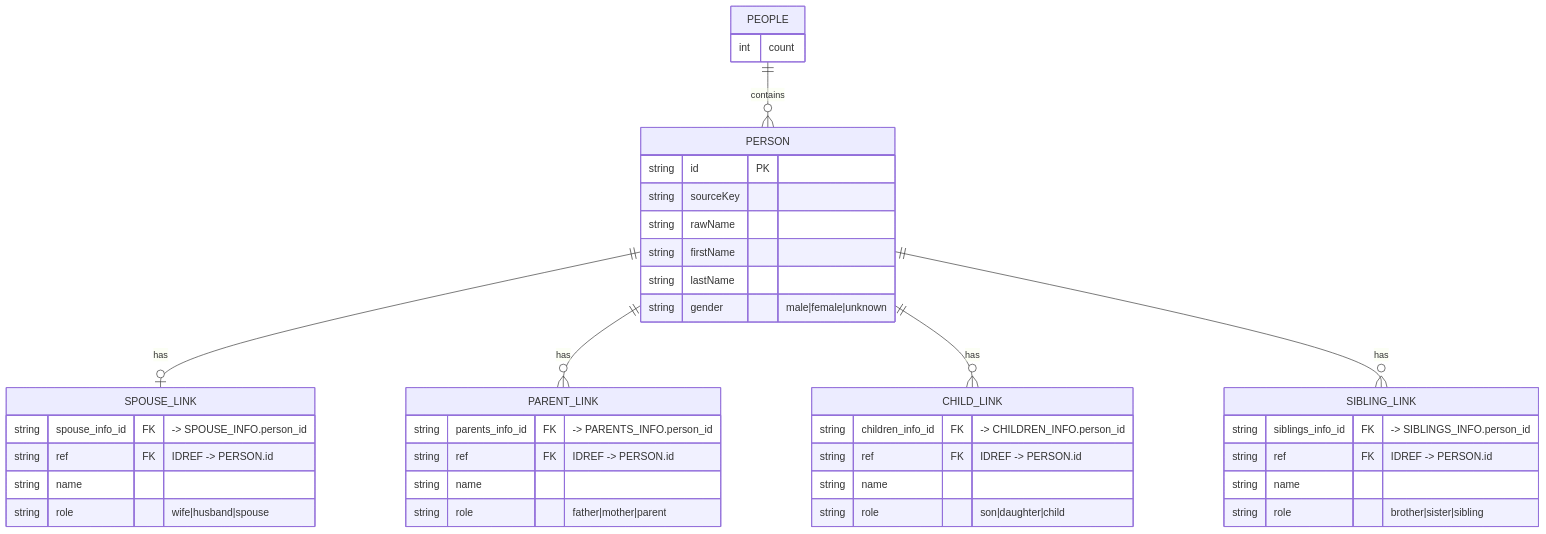
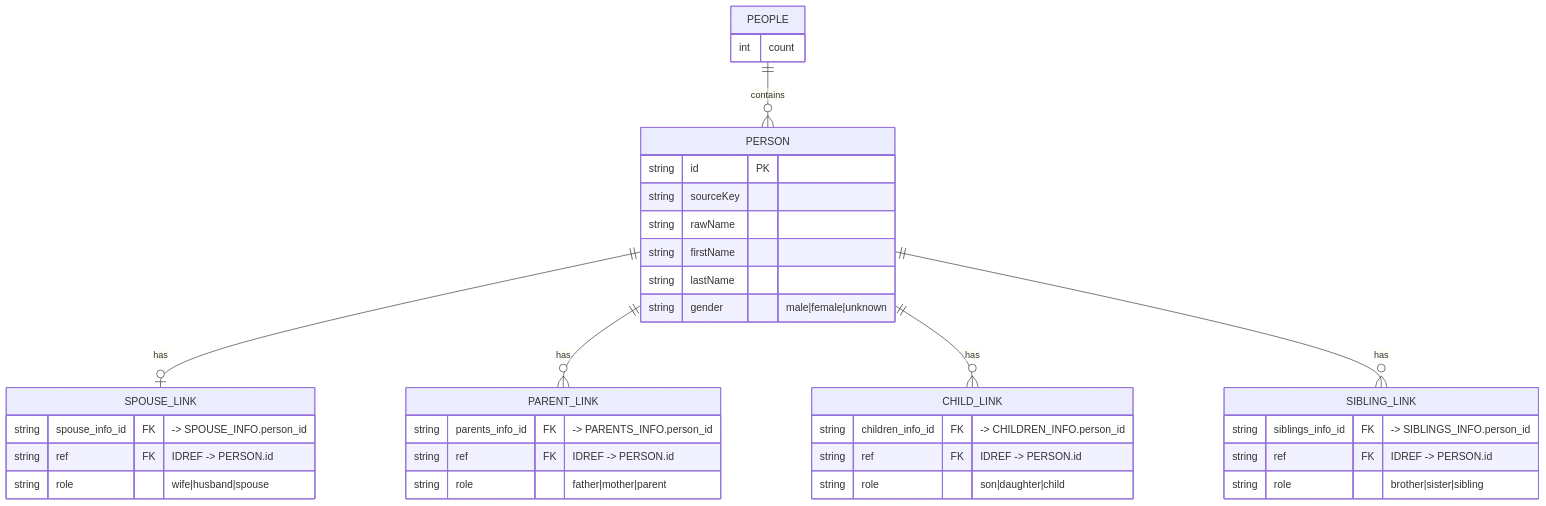
One commit to MlronGaskov/data_processing_and_storage_d changed the diagram in D1.mmd. Above: the diagram before and after it, drawn with Mermaid.

```diff
--- a/D1.mmd
+++ b/D1.mmd
@@ -1,47 +1,43 @@
 erDiagram
   PEOPLE ||--o{ PERSON : contains
 
   PEOPLE {
     int count
   }
 
   PERSON {
     string id PK
     string sourceKey
     string rawName
     string firstName
     string lastName
     string gender  "male|female|unknown"
   }
 
   PERSON ||--o| SPOUSE_LINK : has
   SPOUSE_LINK {
     string spouse_info_id FK "-> SPOUSE_INFO.person_id"
     string ref FK            "IDREF -> PERSON.id"
-    string name
     string role              "wife|husband|spouse"
   }
 
   PERSON ||--o{ PARENT_LINK : has
   PARENT_LINK {
     string parents_info_id FK "-> PARENTS_INFO.person_id"
     string ref FK             "IDREF -> PERSON.id"
-    string name
     string role               "father|mother|parent"
   }
 
   PERSON ||--o{ CHILD_LINK : has
   CHILD_LINK {
     string children_info_id FK "-> CHILDREN_INFO.person_id"
     string ref FK              "IDREF -> PERSON.id"
-    string name
     string role                "son|daughter|child"
   }
 
   PERSON ||--o{ SIBLING_LINK : has
   SIBLING_LINK {
     string siblings_info_id FK "-> SIBLINGS_INFO.person_id"
     string ref FK              "IDREF -> PERSON.id"
-    string name
     string role                "brother|sister|sibling"
   }
```
